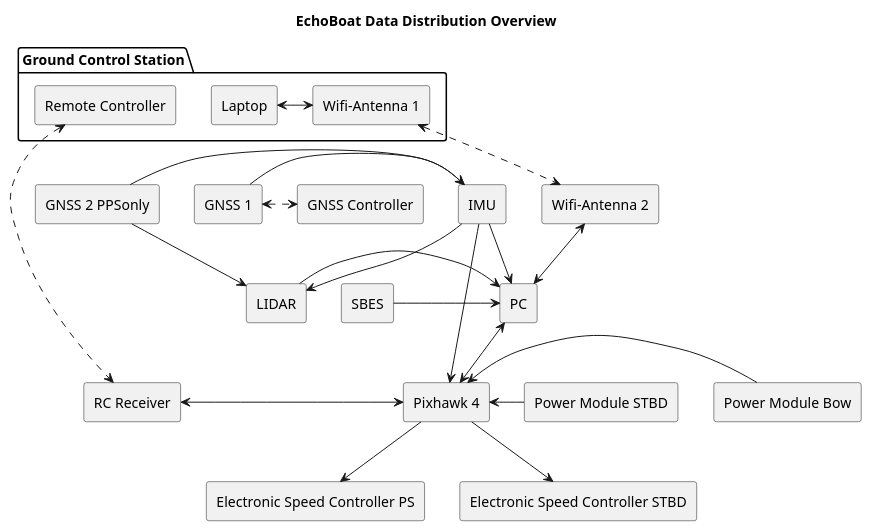
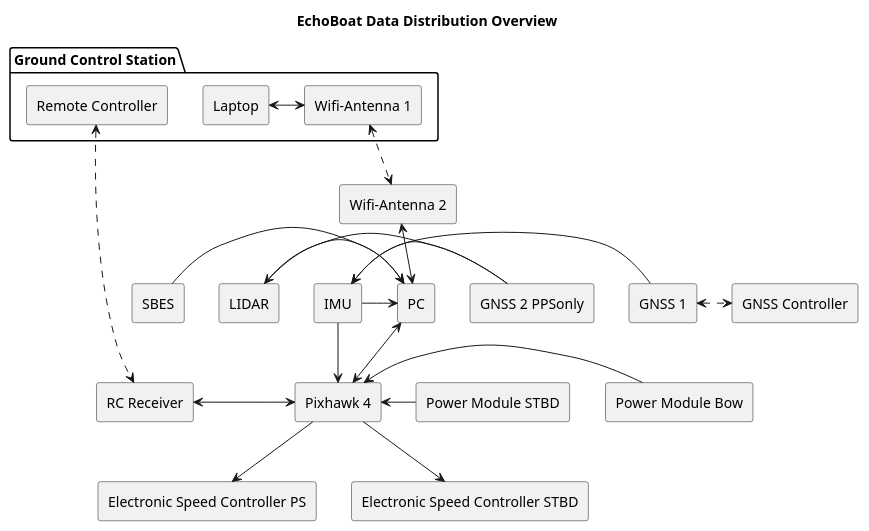
One commit to MalteBiermann/EchoBoat changed the diagram in schemes/overview/overview_data.plantuml. Above: the diagram before and after it, drawn with PlantUML. The commit also changed 1 other file, not shown here.

```diff
--- a/schemes/overview/overview_data.plantuml
+++ b/schemes/overview/overview_data.plantuml
@@ -1,67 +1,67 @@
 @startuml
 title "EchoBoat Data Distribution Overview"
 skinparam componentStyle rectangle
 ' skinparam linetype ortho
 
 component "Pixhawk 4" as PH
 component "PC"
 component "SBES"
 
 together {
 together {
     component "GNSS 1" as GNSS1
     component "GNSS Controller" as GNSSC
 }
 component "GNSS 2 PPSonly" as GNSS2
 component "IMU"
 component "LIDAR"
 }
 
 together {
 component "Power Module STBD" as PMstbd
 component "Power Module Bow" as PMbow
 }
 
 component "Electronic Speed Controller PS" as ESCps
 component "Electronic Speed Controller STBD" as ESCstbd
 component "RC Receiver" as RCtrans
 
 package "Ground Control Station"{
     component "Remote Controller" as RC
     component "Laptop"
     component "Wifi-Antenna 1" as Wifi1
 }
 component "Wifi-Antenna 2" as Wifi2
 
 RCtrans <-> PH
 RC <..down..> RCtrans
 
 Wifi1 <-left-> Laptop
 Wifi1 <..> Wifi2
 Wifi2 <-right-> PC
 
 PMbow -> PH 
 PMstbd -> PH
 
 PH <-up-> PC
 
 SBES -> PC
 
-IMU --> LIDAR
+' IMU --> LIDAR
 LIDAR -> PC
 GNSS2 -l-> LIDAR
-GNSS2 -l-> IMU
+GNSS2 -u-> IMU
 
 GNSS1 <.> GNSSC
 GNSS1 --> IMU
 IMU -> PH
 IMU -> PC
 
 PH -down-> ESCps
 PH -down-> ESCstbd
 
 ' [Battery PS] -up-> ESCps
 ' [PMstbd] -right-> ESCstbd
 
 ' hide @unlinked
 @enduml
```
